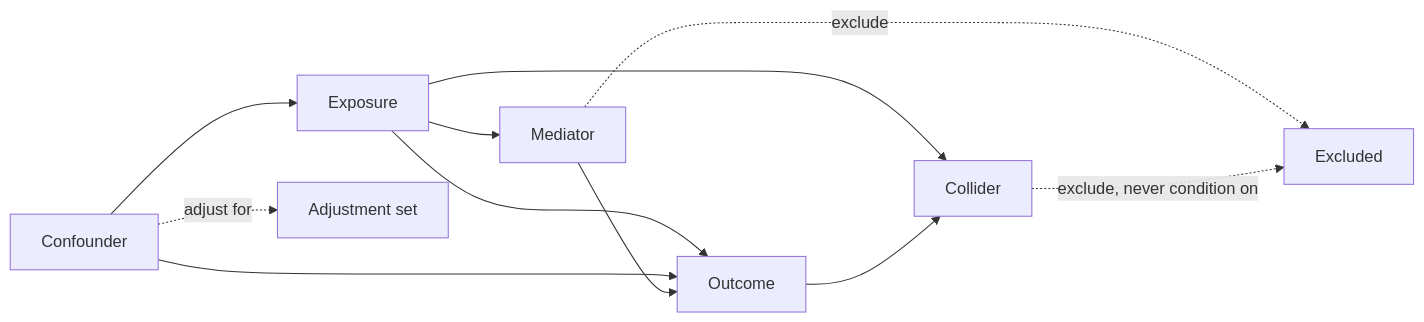
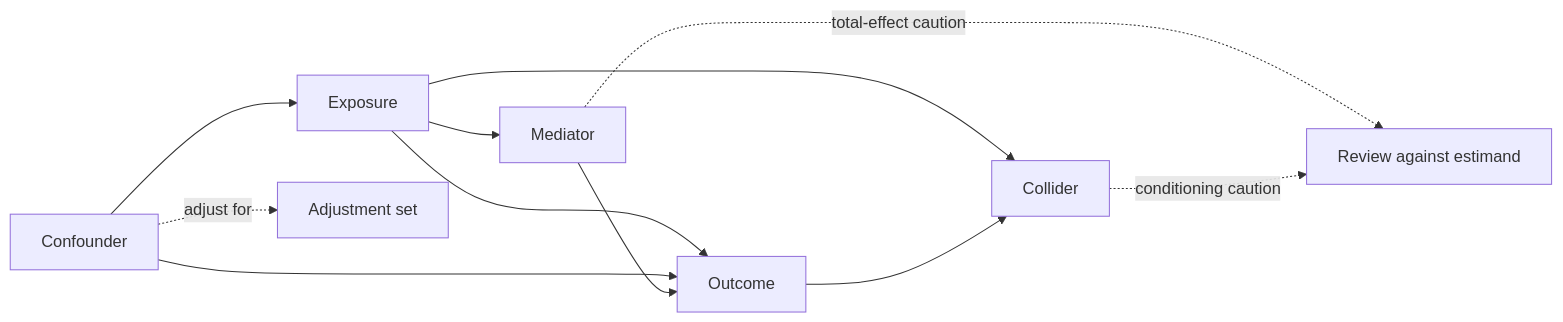
Before and after one commit to Ciprian-LocalPulse/OpenLongevityLab: the diagram in docs/academic/13-confounding-covariate-adjustment.md, drawn with Mermaid. The commit also changed other lines of this file and 18 other files, not shown here.

````diff
--- a/docs/academic/13-confounding-covariate-adjustment.md
+++ b/docs/academic/13-confounding-covariate-adjustment.md
@@ -7,12 +53,12 @@
 ```mermaid
 flowchart LR
   EXP[Exposure] --> OUT[Outcome]
   CONF[Confounder] --> EXP
   CONF --> OUT
   EXP --> MED[Mediator] --> OUT
   EXP --> COL[Collider]
   OUT --> COL
   CONF -. adjust for .-> ADJ[Adjustment set]
-  MED -. exclude .-> EXCL[Excluded]
-  COL -. exclude, never condition on .-> EXCL
+  MED -. total-effect caution .-> EXCL[Review against estimand]
+  COL -. conditioning caution .-> EXCL
 ```
````
